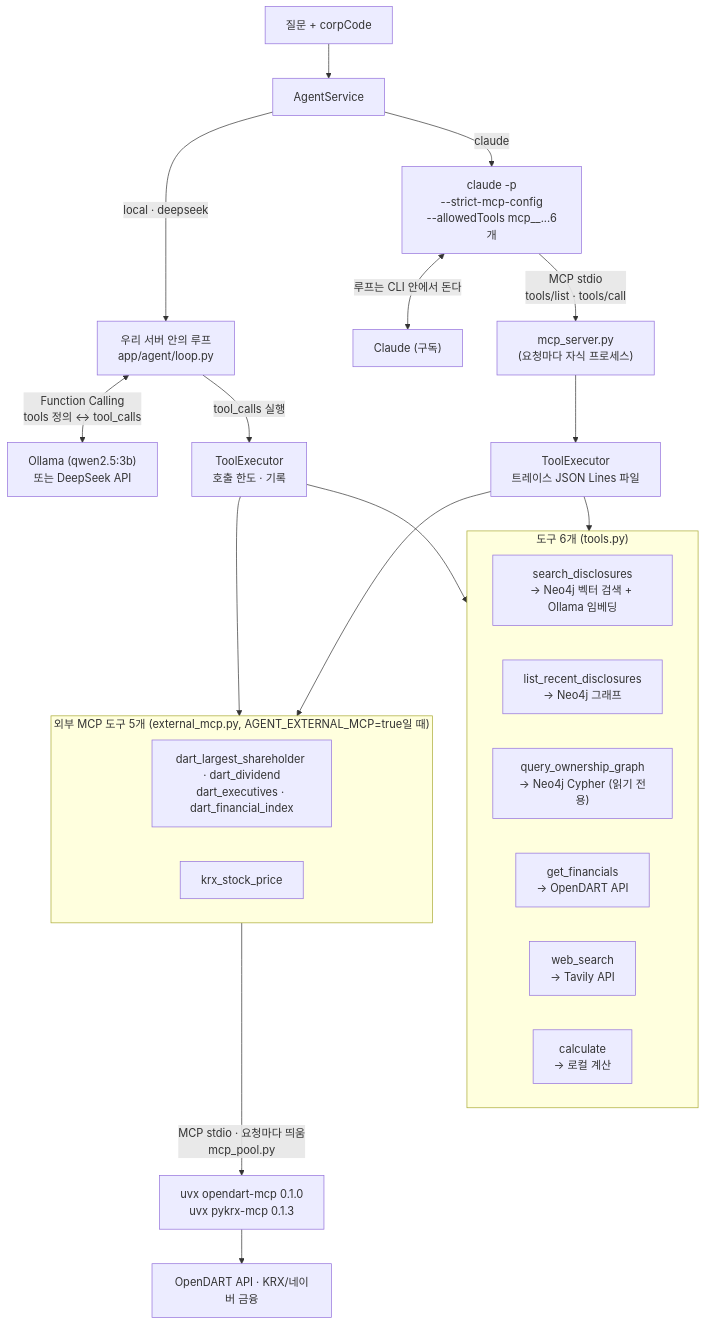
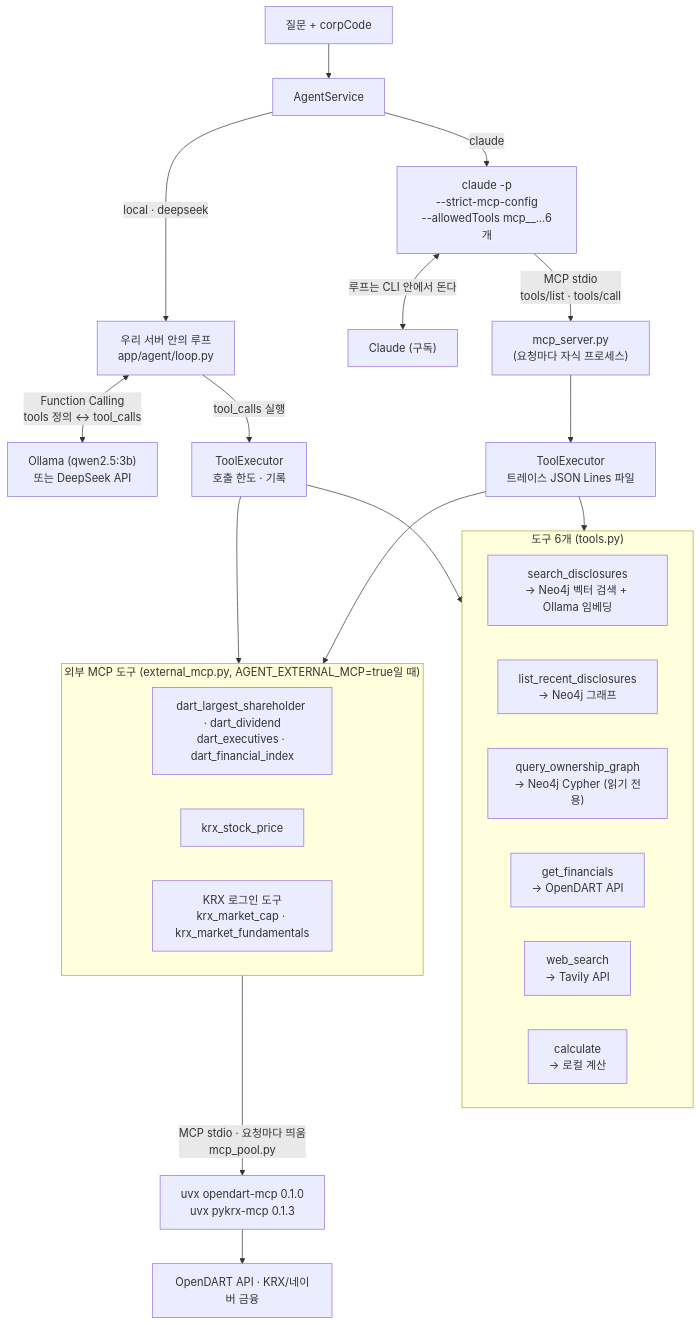
One commit to Daniel0915/rag-company-report-py changed the third of 6 diagrams in docs/architecture.md. Above: the diagram before and after it, drawn with Mermaid. The commit also changed 16 other files, not shown here.

Commit message:
feat(agent): KRX 시가총액과 PER·PBR 조회 연동

````diff
--- a/docs/architecture.md
+++ b/docs/architecture.md
@@ -109,34 +109,35 @@
 ```mermaid
 flowchart TB
     q["질문 + corpCode"] --> svc["AgentService"]
 
     svc -->|"local · deepseek"| loop["우리 서버 안의 루프<br/>app/agent/loop.py"]
     loop <-->|"Function Calling<br/>tools 정의 ↔ tool_calls"| model1["Ollama (qwen2.5:3b)<br/>또는 DeepSeek API"]
     loop -->|"tool_calls 실행"| exec["ToolExecutor<br/>호출 한도 · 기록"]
 
     svc -->|"claude"| cliproc["claude -p<br/>--strict-mcp-config<br/>--allowedTools mcp__...6개"]
     cliproc <-->|"루프는 CLI 안에서 돈다"| model2["Claude (구독)"]
     cliproc -->|"MCP stdio<br/>tools/list · tools/call"| mcpsrv["mcp_server.py<br/>(요청마다 자식 프로세스)"]
     mcpsrv --> exec2["ToolExecutor<br/>트레이스 JSON Lines 파일"]
 
     exec --> T
     exec2 --> T
 
     subgraph T["도구 6개 (tools.py)"]
         t1["search_disclosures<br/>→ Neo4j 벡터 검색 + Ollama 임베딩"]
         t2["list_recent_disclosures<br/>→ Neo4j 그래프"]
         t3["query_ownership_graph<br/>→ Neo4j Cypher (읽기 전용)"]
         t4["get_financials<br/>→ OpenDART API"]
         t5["web_search<br/>→ Tavily API"]
         t6["calculate<br/>→ 로컬 계산"]
     end
 
-    subgraph X["외부 MCP 도구 5개 (external_mcp.py, AGENT_EXTERNAL_MCP=true일 때)"]
+    subgraph X["외부 MCP 도구 (external_mcp.py, AGENT_EXTERNAL_MCP=true일 때)"]
         x1["dart_largest_shareholder · dart_dividend<br/>dart_executives · dart_financial_index"]
         x2["krx_stock_price"]
+        x3["KRX 로그인 도구<br/>krx_market_cap · krx_market_fundamentals"]
     end
     exec --> X
     exec2 --> X
     X -->|"MCP stdio · 요청마다 띄움<br/>mcp_pool.py"| ext["uvx opendart-mcp 0.1.0<br/>uvx pykrx-mcp 0.1.3"]
     ext --> extapi["OpenDART API · KRX/네이버 금융"]
 ```
````
